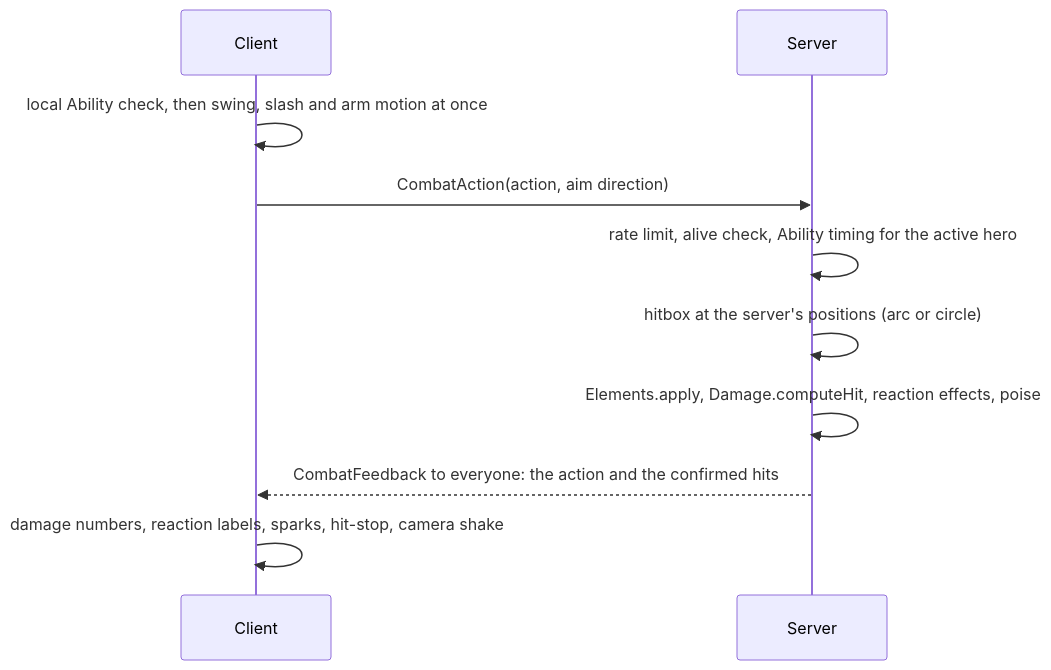
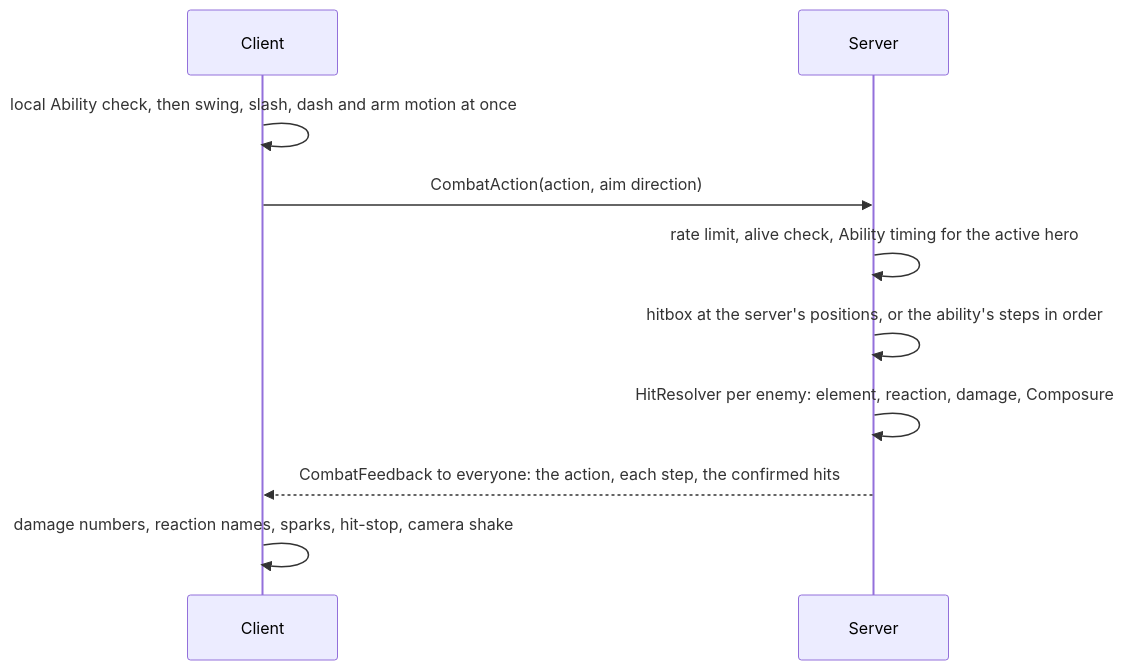
One commit to GatTrolls/AeloriaBase changed the diagram in docs/systems/combat.md. Above: the diagram before and after it, drawn with Mermaid. The commit also changed other lines of this file and 47 other files, not shown here.

````diff
--- a/docs/systems/combat.md
+++ b/docs/systems/combat.md
@@ -10,12 +20,12 @@
 ```mermaid
 sequenceDiagram
     participant C as Client
     participant S as Server
-    C->>C: local Ability check, then swing, slash and arm motion at once
+    C->>C: local Ability check, then swing, slash, dash and arm motion at once
     C->>S: CombatAction(action, aim direction)
     S->>S: rate limit, alive check, Ability timing for the active hero
-    S->>S: hitbox at the server's positions (arc or circle)
-    S->>S: Elements.apply, Damage.computeHit, reaction effects, poise
-    S-->>C: CombatFeedback to everyone: the action and the confirmed hits
-    C->>C: damage numbers, reaction labels, sparks, hit-stop, camera shake
+    S->>S: hitbox at the server's positions, or the ability's steps in order
+    S->>S: HitResolver per enemy: element, reaction, damage, Composure
+    S-->>C: CombatFeedback to everyone: the action, each step, the confirmed hits
+    C->>C: damage numbers, reaction names, sparks, hit-stop, camera shake
 ```
````
